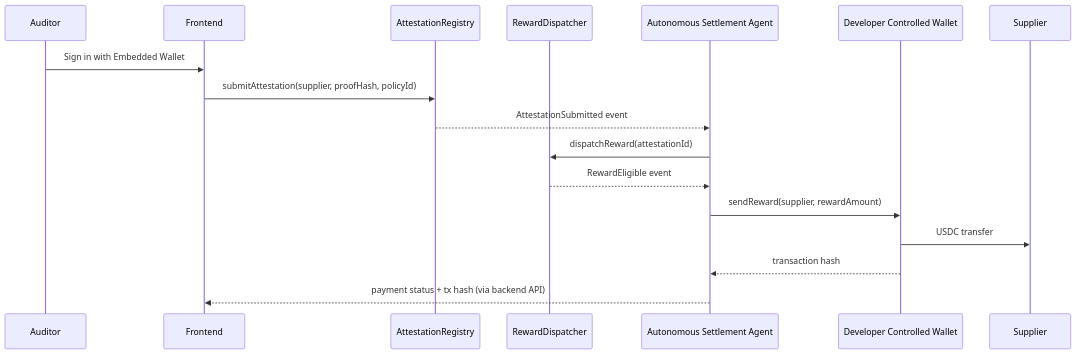
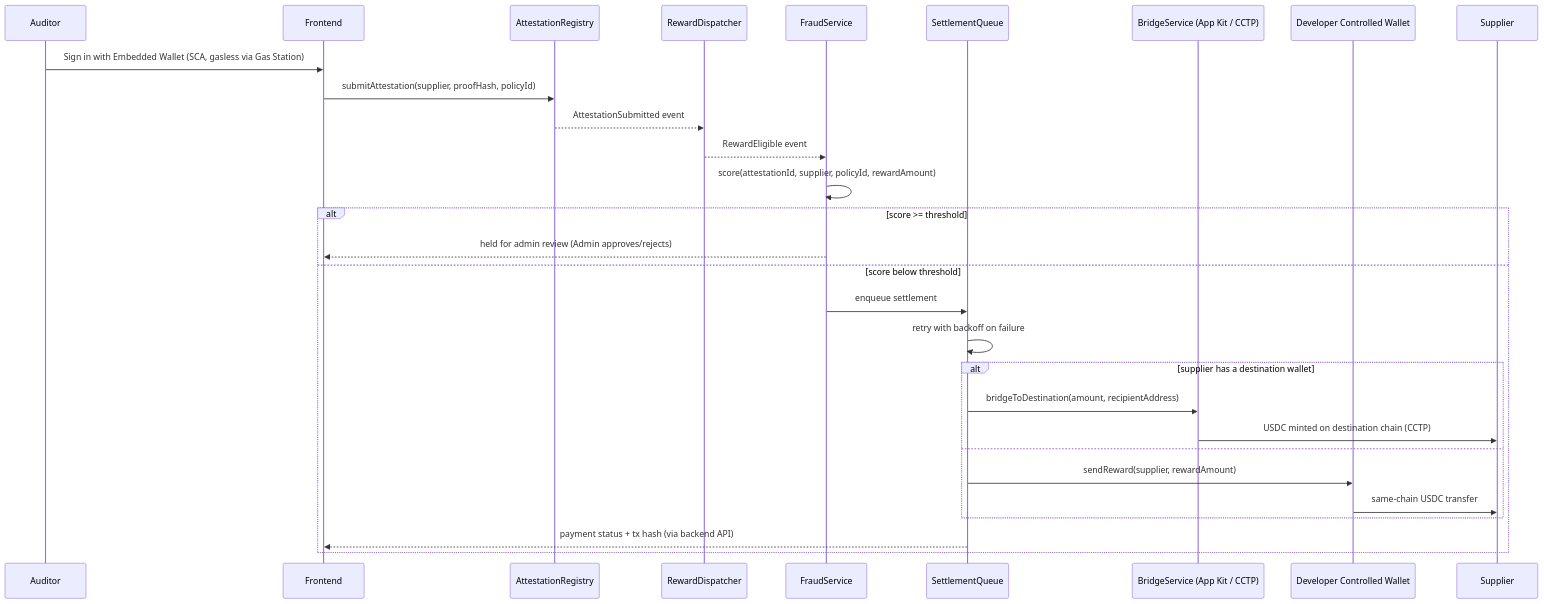
Before and after one commit to Olayeniii/ProveStream: the second of 2 diagrams in README.md, drawn with Mermaid. The commit also changed other lines of this file and 23 other files, not shown here.

Commit message:
implement fraud alert system and destination wallet registration

````diff
--- a/README.md
+++ b/README.md
@@ -34,20 +49,32 @@
 ```mermaid
 sequenceDiagram
     participant Auditor
     participant Frontend
     participant Registry as AttestationRegistry
     participant Dispatcher as RewardDispatcher
-    participant Agent as Autonomous Settlement Agent
+    participant Fraud as FraudService
+    participant Queue as SettlementQueue
+    participant Bridge as BridgeService (App Kit / CCTP)
     participant DCW as Developer Controlled Wallet
     participant Supplier
 
-    Auditor->>Frontend: Sign in with Embedded Wallet
+    Auditor->>Frontend: Sign in with Embedded Wallet (SCA, gasless via Gas Station)
     Frontend->>Registry: submitAttestation(supplier, proofHash, policyId)
-    Registry-->>Agent: AttestationSubmitted event
-    Agent->>Dispatcher: dispatchReward(attestationId)
-    Dispatcher-->>Agent: RewardEligible event
-    Agent->>DCW: sendReward(supplier, rewardAmount)
-    DCW->>Supplier: USDC transfer
-    DCW-->>Agent: transaction hash
-    Agent-->>Frontend: payment status + tx hash (via backend API)
+    Registry-->>Dispatcher: AttestationSubmitted event
+    Dispatcher-->>Fraud: RewardEligible event
+    Fraud->>Fraud: score(attestationId, supplier, policyId, rewardAmount)
+    alt score >= threshold
+        Fraud-->>Frontend: held for admin review (Admin approves/rejects)
+    else score below threshold
+        Fraud->>Queue: enqueue settlement
+        Queue->>Queue: retry with backoff on failure
+        alt supplier has a destination wallet
+            Queue->>Bridge: bridgeToDestination(amount, recipientAddress)
+            Bridge->>Supplier: USDC minted on destination chain (CCTP)
+        else
+            Queue->>DCW: sendReward(supplier, rewardAmount)
+            DCW->>Supplier: same-chain USDC transfer
+        end
+        Queue-->>Frontend: payment status + tx hash (via backend API)
+    end
 ```
````
